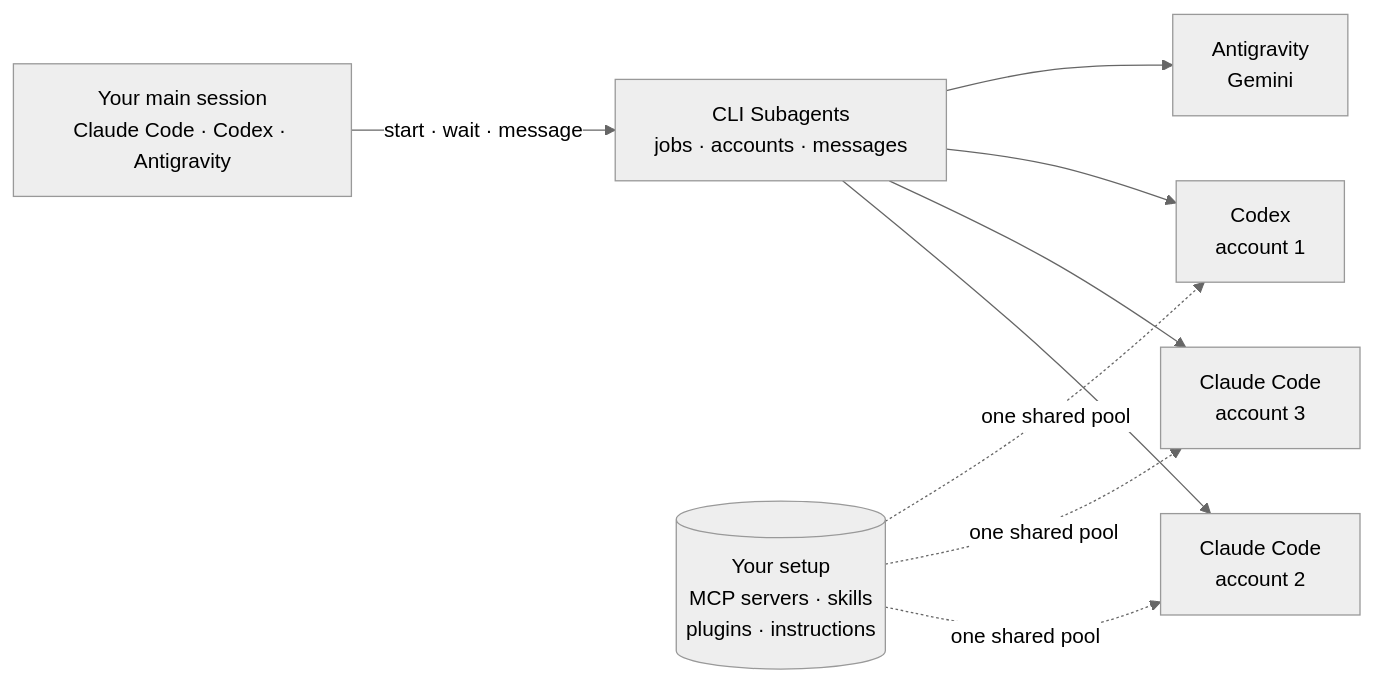
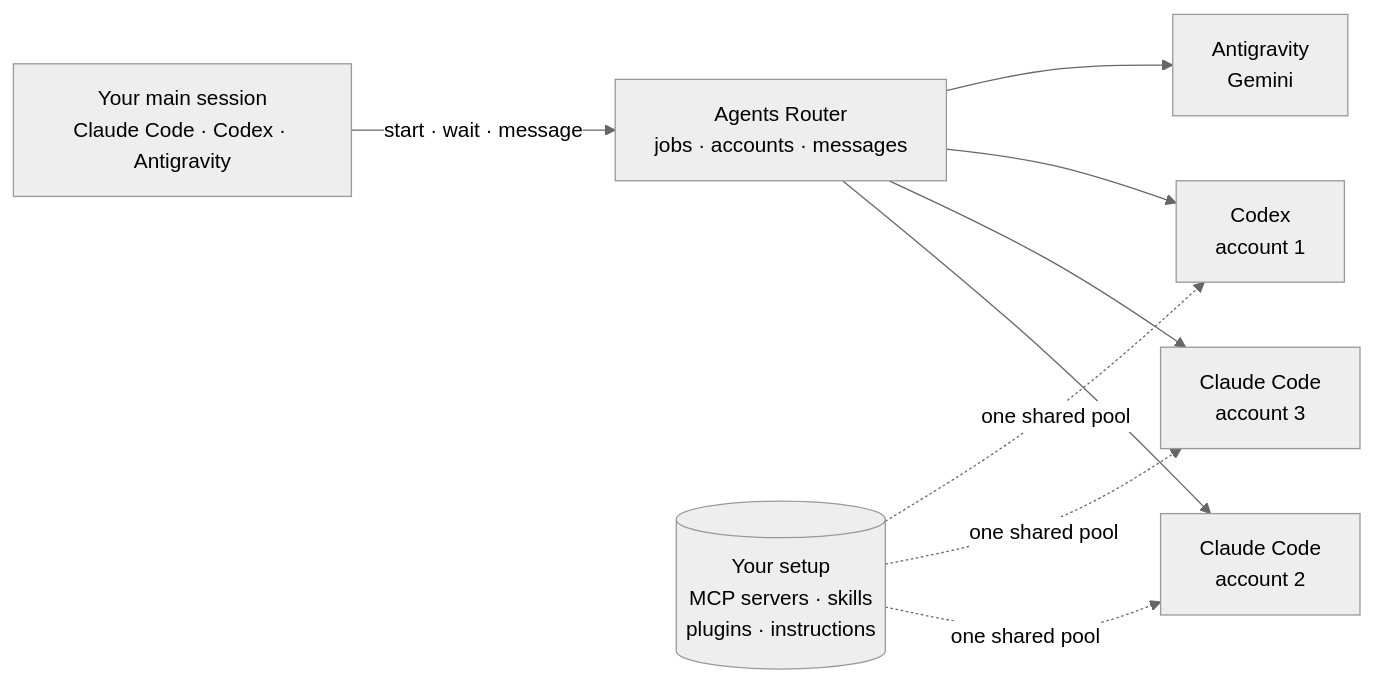
The diagram in README.md (Watcharagorn/agents-router), drawn with Mermaid (neutral theme) before and after one commit. The commit also changed other lines of this file and 179 other files, not shown here.

First line of the commit message:
Rename to Agents Router, command agt (0.3.0)

````diff
--- a/README.md
+++ b/README.md
@@ -14,14 +14,14 @@
 ```mermaid
 flowchart LR
     host["Your main session<br/>Claude Code · Codex · Antigravity"]
-    core["CLI Subagents<br/>jobs · accounts · messages"]
+    core["Agents Router<br/>jobs · accounts · messages"]
     shared[("Your setup<br/>MCP servers · skills<br/>plugins · instructions")]
     w1["Claude Code<br/>account 2"]
     w2["Claude Code<br/>account 3"]
     w3["Codex<br/>account 1"]
     w4["Antigravity<br/>Gemini"]
 
     host -- "start · wait · message" --> core
     core --> w1 & w2 & w3 & w4
     shared -. "one shared pool" .-> w1 & w2 & w3
 ```
````
